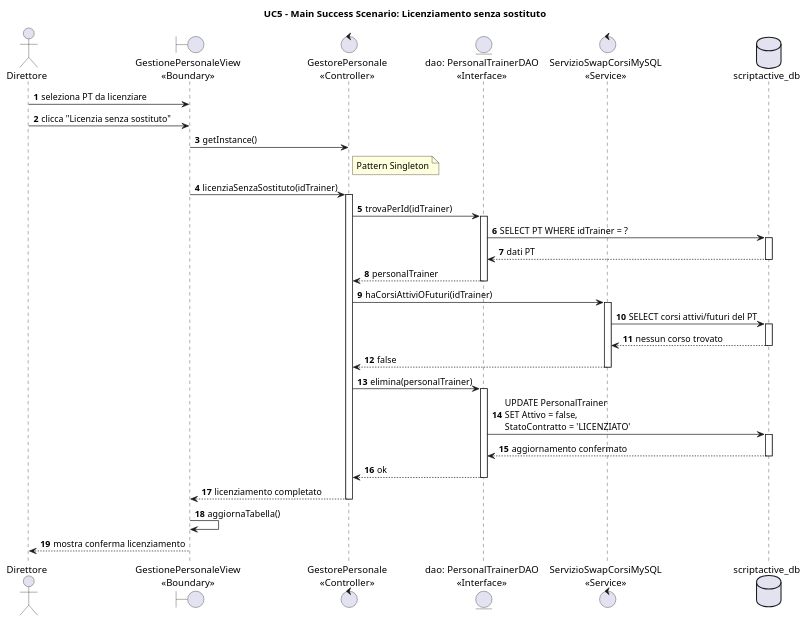
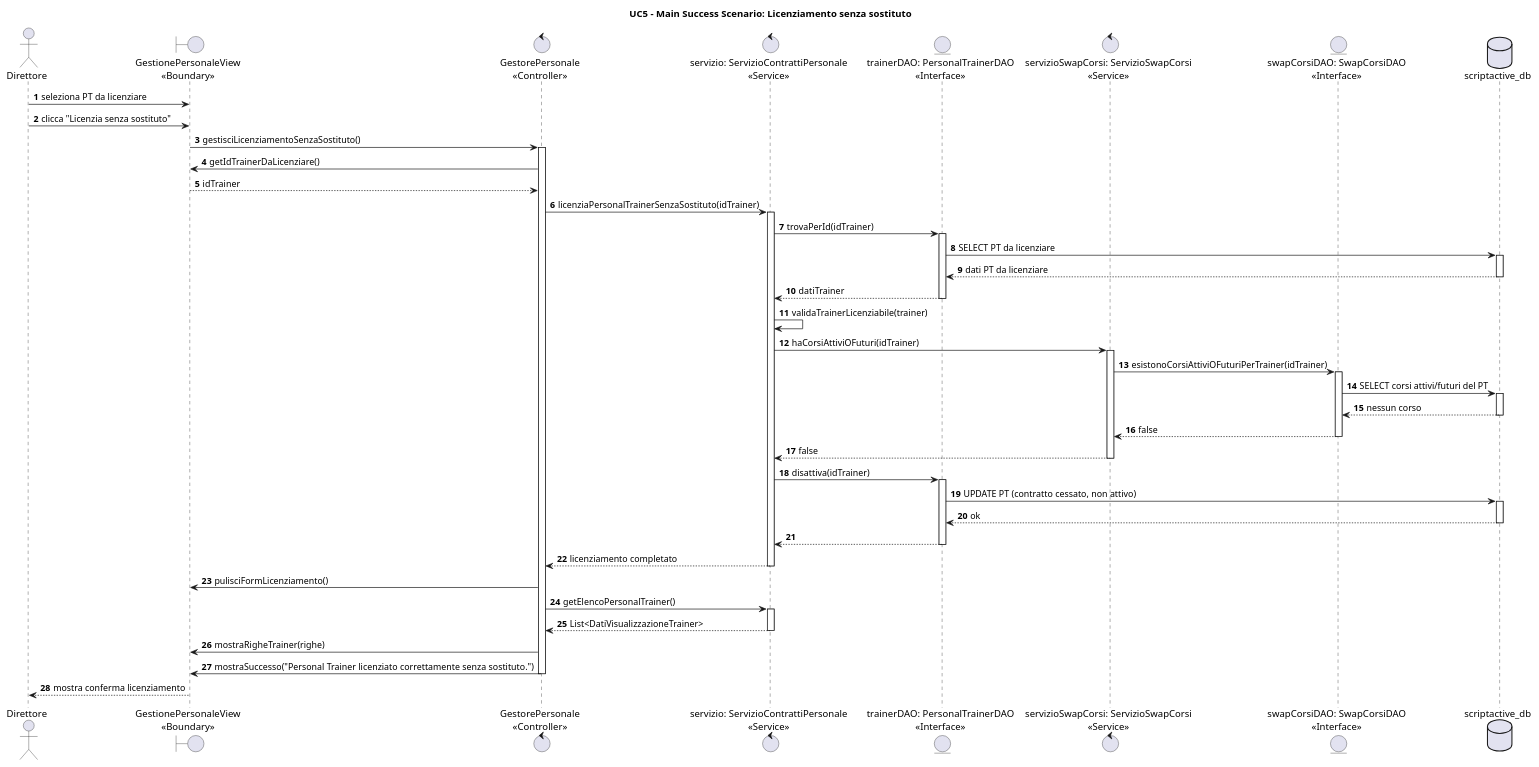
The second of 8 diagrams in ScriptActive/Documenti/08. Diagrammi di Sequenza/DSequenzaUC5.puml (svilu999/Progetto-ScriptActive), drawn with PlantUML before and after one commit. The commit also changed other lines of this file and 33 other files, not shown here.

First line of the commit message:
Allinea i diagrammi UML al codice attuale

```diff
--- a/ScriptActive/Documenti/08. Diagrammi di Sequenza/DSequenzaUC5.puml
+++ b/ScriptActive/Documenti/08. Diagrammi di Sequenza/DSequenzaUC5.puml
@@ -70,63 +97,74 @@
-@startuml SS2_LicenziamentoSenzaSostituto
+@startuml DSequenzaUC5Main2
 title UC5 - Main Success Scenario: Licenziamento senza sostituto
 
 autonumber
 
 actor "Direttore" as Direttore
 boundary "GestionePersonaleView\n<<Boundary>>" as View
 control "GestorePersonale\n<<Controller>>" as Controller
-entity "dao: PersonalTrainerDAO\n<<Interface>>" as PTDAO
-control "ServizioSwapCorsiMySQL\n<<Service>>" as SwapService
+control "servizio: ServizioContrattiPersonale\n<<Service>>" as Servizio
+entity "trainerDAO: PersonalTrainerDAO\n<<Interface>>" as PTDAO
+control "servizioSwapCorsi: ServizioSwapCorsi\n<<Service>>" as SwapService
+entity "swapCorsiDAO: SwapCorsiDAO\n<<Interface>>" as SwapDAO
 database "scriptactive_db" as DB
 
 Direttore -> View : seleziona PT da licenziare
 Direttore -> View : clicca "Licenzia senza sostituto"
 
-View -> Controller : getInstance()
-note right of Controller
-Pattern Singleton
-end note
-
-View -> Controller : licenziaSenzaSostituto(idTrainer)
+View -> Controller : gestisciLicenziamentoSenzaSostituto()
 activate Controller
 
-Controller -> PTDAO : trovaPerId(idTrainer)
+Controller -> View : getIdTrainerDaLicenziare()
+View --> Controller : idTrainer
+
+Controller -> Servizio : licenziaPersonalTrainerSenzaSostituto(idTrainer)
+activate Servizio
+
+Servizio -> PTDAO : trovaPerId(idTrainer)
 activate PTDAO
-
-PTDAO -> DB : SELECT PT WHERE idTrainer = ?
+PTDAO -> DB : SELECT PT da licenziare
 activate DB
-DB --> PTDAO : dati PT
+DB --> PTDAO : dati PT da licenziare
 deactivate DB
-
-PTDAO --> Controller : personalTrainer
+PTDAO --> Servizio : datiTrainer
 deactivate PTDAO
 
-Controller -> SwapService : haCorsiAttiviOFuturi(idTrainer)
+Servizio -> Servizio : validaTrainerLicenziabile(trainer)
+
+Servizio -> SwapService : haCorsiAttiviOFuturi(idTrainer)
 activate SwapService
-
-SwapService -> DB : SELECT corsi attivi/futuri del PT
+SwapService -> SwapDAO : esistonoCorsiAttiviOFuturiPerTrainer(idTrainer)
+activate SwapDAO
+SwapDAO -> DB : SELECT corsi attivi/futuri del PT
 activate DB
-DB --> SwapService : nessun corso trovato
+DB --> SwapDAO : nessun corso
 deactivate DB
-
-SwapService --> Controller : false
+SwapDAO --> SwapService : false
+deactivate SwapDAO
+SwapService --> Servizio : false
 deactivate SwapService
 
-Controller -> PTDAO : elimina(personalTrainer)
+Servizio -> PTDAO : disattiva(idTrainer)
 activate PTDAO
-
-PTDAO -> DB : UPDATE PersonalTrainer\nSET Attivo = false,\nStatoContratto = 'LICENZIATO'
+PTDAO -> DB : UPDATE PT (contratto cessato, non attivo)
 activate DB
-DB --> PTDAO : aggiornamento confermato
+DB --> PTDAO : ok
 deactivate DB
-
-PTDAO --> Controller : ok
+PTDAO --> Servizio
 deactivate PTDAO
 
-Controller --> View : licenziamento completato
+Servizio --> Controller : licenziamento completato
+deactivate Servizio
+
+Controller -> View : pulisciFormLicenziamento()
+Controller -> Servizio : getElencoPersonalTrainer()
+activate Servizio
+Servizio --> Controller : List<DatiVisualizzazioneTrainer>
+deactivate Servizio
+Controller -> View : mostraRigheTrainer(righe)
+Controller -> View : mostraSuccesso("Personal Trainer licenziato correttamente senza sostituto.")
 deactivate Controller
 
-View -> View : aggiornaTabella()
 View --> Direttore : mostra conferma licenziamento
 
 @enduml
```
